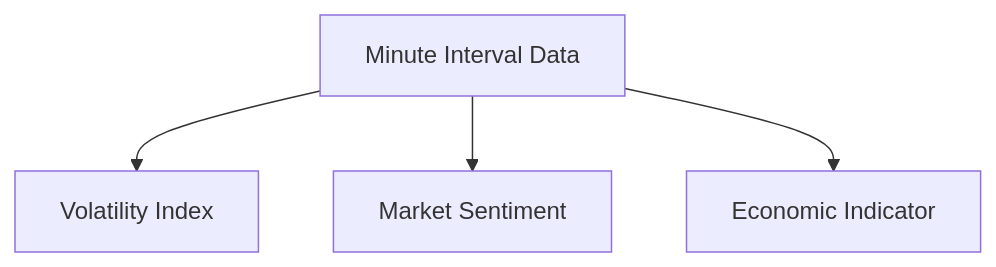
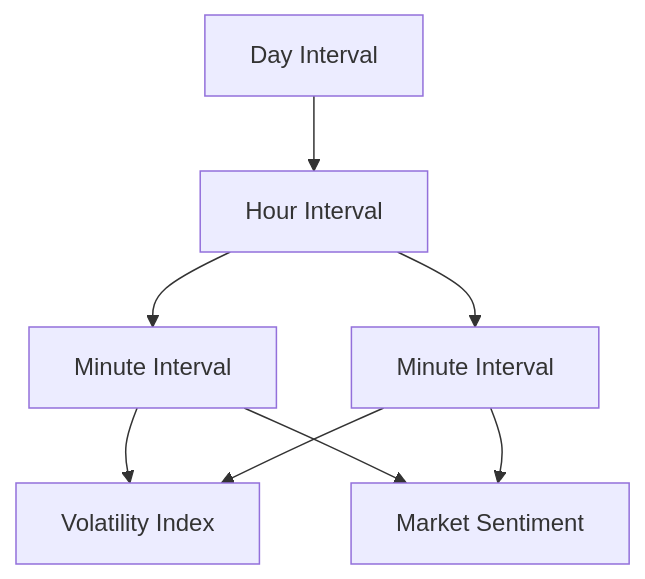
Before and after one commit to ConicuConsulting/SlappGraphs: the second of 2 diagrams in tmp.md, drawn with Mermaid. The commit also changed other lines of this file, not shown here.

````diff
--- a/tmp.md
+++ b/tmp.md
@@ -39,11 +39,17 @@
 ```mermaid
 graph TD
-    IntervalData["Minute Interval Data"]
+    DayInterval["Day Interval"]
+    HourInterval["Hour Interval"]
+    MinuteInterval1["Minute Interval"]
+    MinuteInterval2["Minute Interval"]
     Volatility["Volatility Index"]
     Sentiment["Market Sentiment"]
-    EconomicIndicator["Economic Indicator"]
 
-    IntervalData --> Volatility
-    IntervalData --> Sentiment
-    IntervalData --> EconomicIndicator
+    DayInterval --> HourInterval
+    HourInterval --> MinuteInterval1
+    HourInterval --> MinuteInterval2
+    MinuteInterval1 --> Volatility
+    MinuteInterval1 --> Sentiment
+    MinuteInterval2 --> Volatility
+    MinuteInterval2 --> Sentiment
 ```
````
